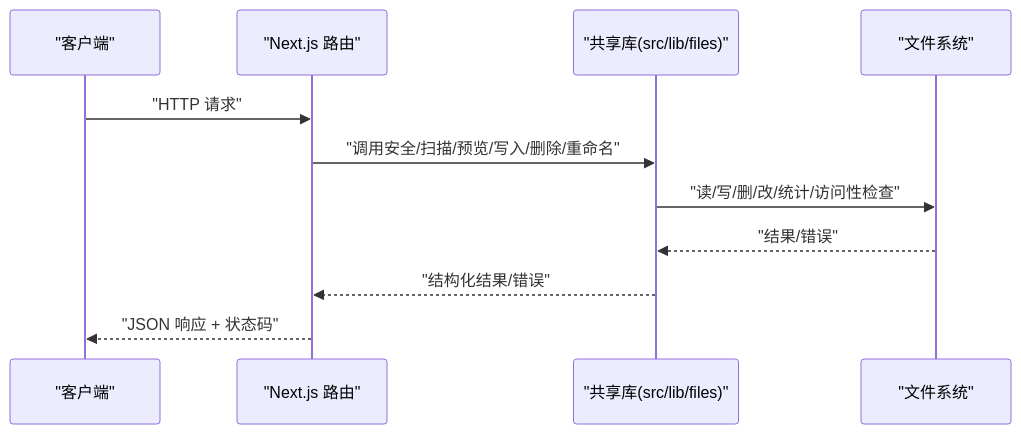
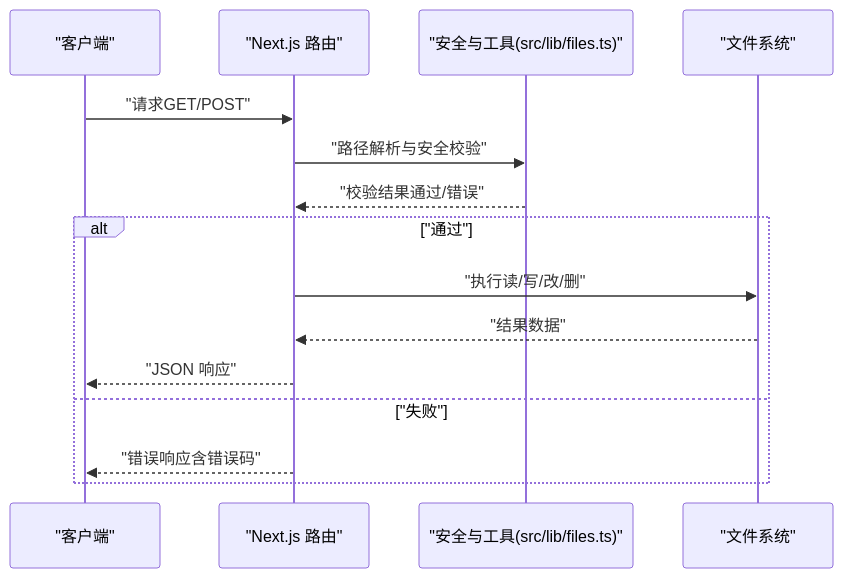
The second of 5 diagrams in .qoder/repowiki/zh/content/API 参考/文件 API.md (haolange/CodePilot), drawn with Mermaid before and after one commit. The commit also changed other lines of this file and 203 other files, not shown here.

````diff
--- a/.qoder/repowiki/zh/content/API 参考/文件 API.md
+++ b/.qoder/repowiki/zh/content/API 参考/文件 API.md
@@ -95,13 +115,17 @@
 ```mermaid
 sequenceDiagram
 participant C as "客户端"
 participant R as "Next.js 路由"
-participant L as "共享库(src/lib/files)"
+participant S as "安全与工具(src/lib/files.ts)"
 participant FS as "文件系统"
-C->>R : "HTTP 请求"
-R->>L : "调用安全/扫描/预览/写入/删除/重命名"
-L->>FS : "读/写/删/改/统计/访问性检查"
-FS-->>L : "结果/错误"
-L-->>R : "结构化结果/错误"
-R-->>C : "JSON 响应 + 状态码"
+C->>R : "请求GET/POST"
+R->>S : "路径解析与安全校验"
+S-->>R : "校验结果通过/错误"
+alt "通过"
+R->>FS : "执行读/写/改/删"
+FS-->>R : "结果数据"
+R-->>C : "JSON 响应"
+else "失败"
+R-->>C : "错误响应含错误码"
+end
 ```
````
